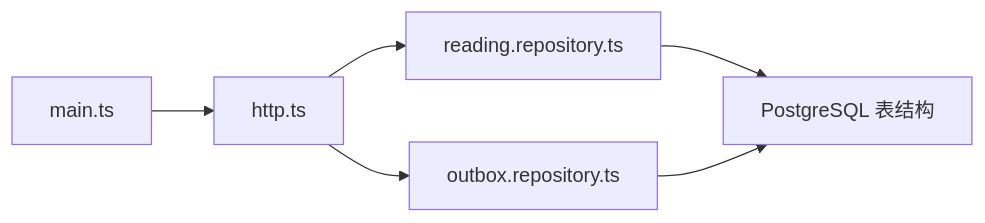
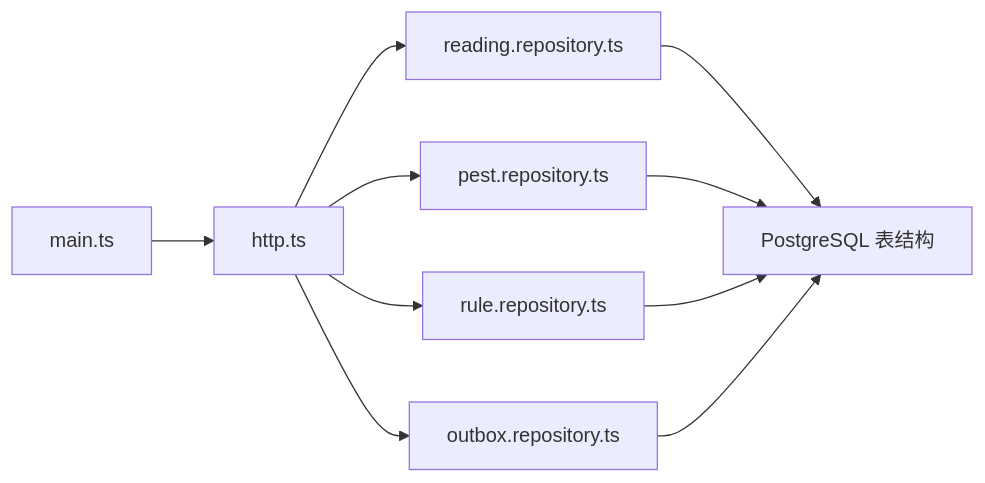
The tenth of 10 diagrams in .qoder/repowiki/zh/content/核心服务文档/遥测数据服务.md (q446328246/agri-platform), drawn with Mermaid before and after one commit. The commit also changed other lines of this file and 68 other files, not shown here.

````diff
--- a/.qoder/repowiki/zh/content/核心服务文档/遥测数据服务.md
+++ b/.qoder/repowiki/zh/content/核心服务文档/遥测数据服务.md
@@ -299,8 +408,12 @@
 ```mermaid
 graph LR
 Main["main.ts"] --> Http["http.ts"]
 Http --> Repo["reading.repository.ts"]
+Http --> PestRepo["pest.repository.ts"]
+Http --> RuleRepo["rule.repository.ts"]
 Http --> Outbox["outbox.repository.ts"]
 Repo --> DB["PostgreSQL 表结构"]
+PestRepo --> DB
+RuleRepo --> DB
 Outbox --> DB
 ```
````
